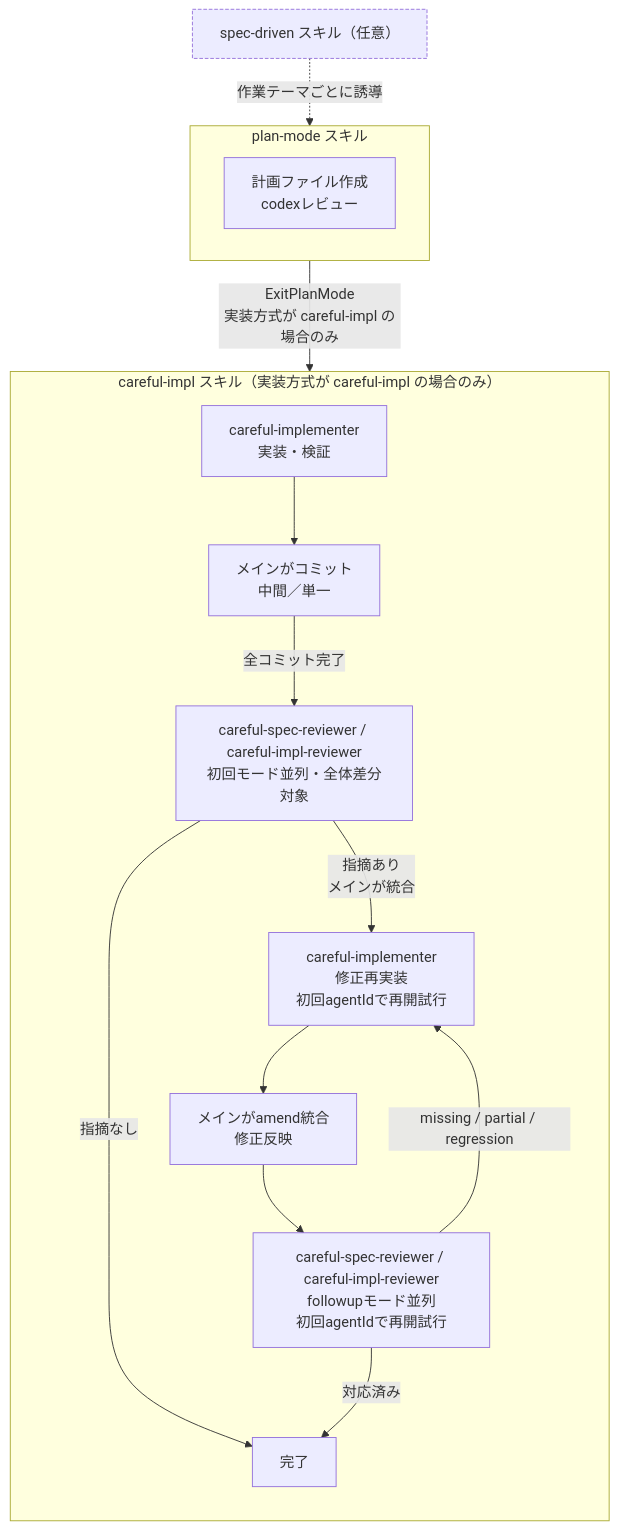
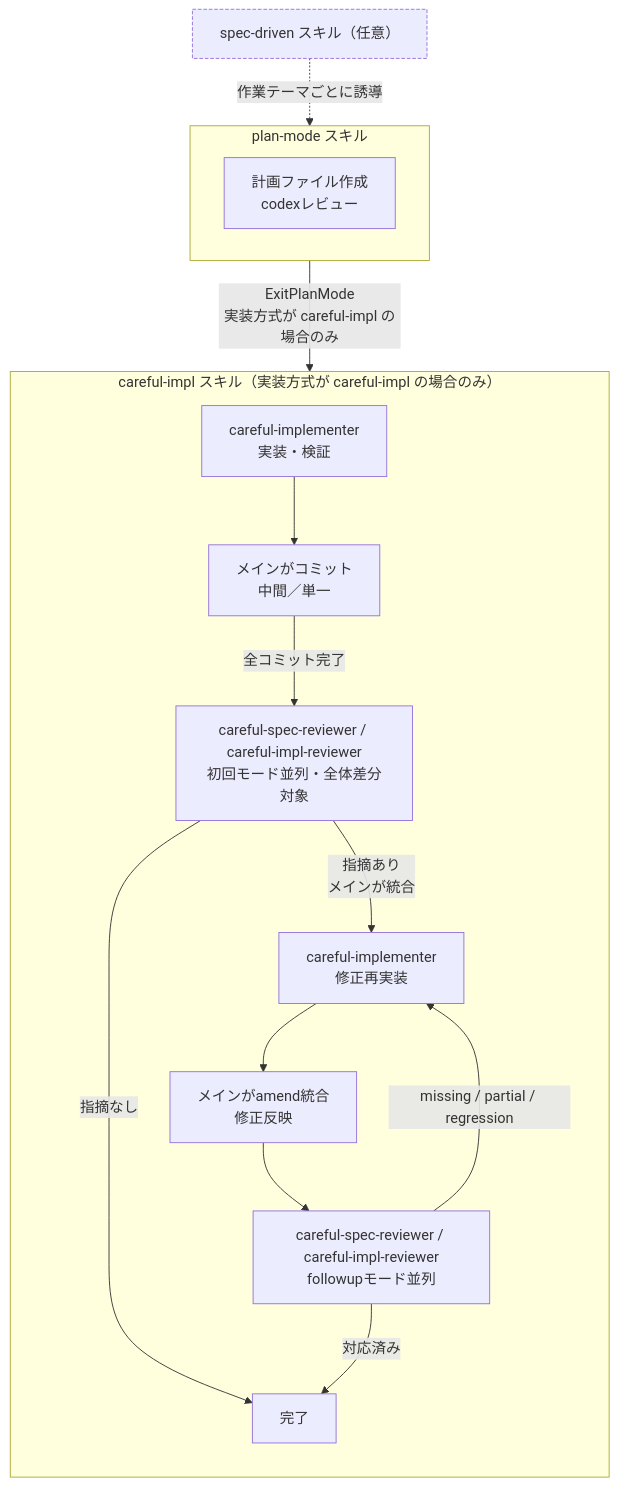
The diagram in .claude/rules/agent-toolkit.md (ak110/dotfiles), drawn with Mermaid before and after one commit. The commit also changed 10 other files, not shown here.

````diff
--- a/.claude/rules/agent-toolkit.md
+++ b/.claude/rules/agent-toolkit.md
@@ -119,22 +119,22 @@
 ```mermaid
 flowchart TB
     SD["spec-driven スキル（任意）"]:::sd
     subgraph PM["plan-mode スキル"]
       P[計画ファイル作成<br/>codexレビュー]
     end
     subgraph PI["careful-impl スキル（実装方式が careful-impl の場合のみ）"]
       direction TB
       T[careful-implementer<br/>実装・検証] --> CM[メインがコミット<br/>中間／単一]
       CM -->|全コミット完了| R1[careful-spec-reviewer / careful-impl-reviewer<br/>初回モード並列・全体差分対象]
-      R1 -->|指摘あり<br/>メインが統合| T2[careful-implementer<br/>修正再実装<br/>初回agentIdで再開試行]
+      R1 -->|指摘あり<br/>メインが統合| T2[careful-implementer<br/>修正再実装]
       T2 --> CFix[メインがamend統合<br/>修正反映]
-      CFix --> R2[careful-spec-reviewer / careful-impl-reviewer<br/>followupモード並列<br/>初回agentIdで再開試行]
+      CFix --> R2[careful-spec-reviewer / careful-impl-reviewer<br/>followupモード並列]
       R2 -->|missing / partial / regression| T2
       R1 -->|指摘なし| END[完了]
       R2 -->|対応済み| END
     end
     SD -.->|作業テーマごとに誘導| PM
     PM -->|ExitPlanMode<br/>実装方式が careful-impl の場合のみ| PI
 
     classDef sd stroke-dasharray: 4 2
 ```
````
